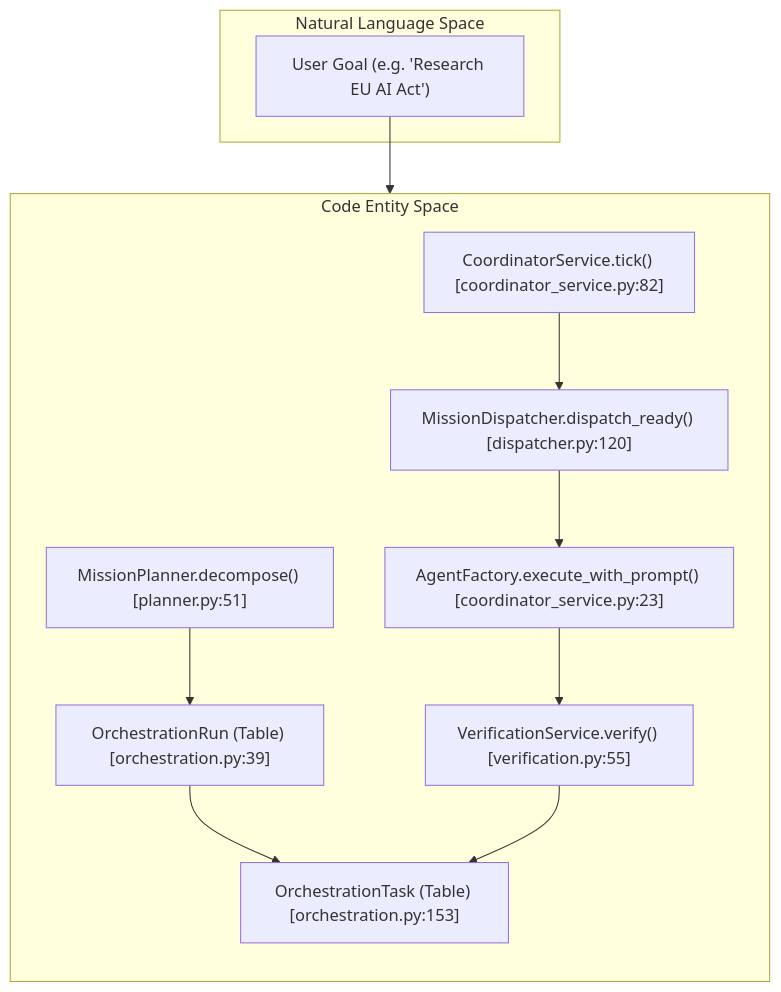
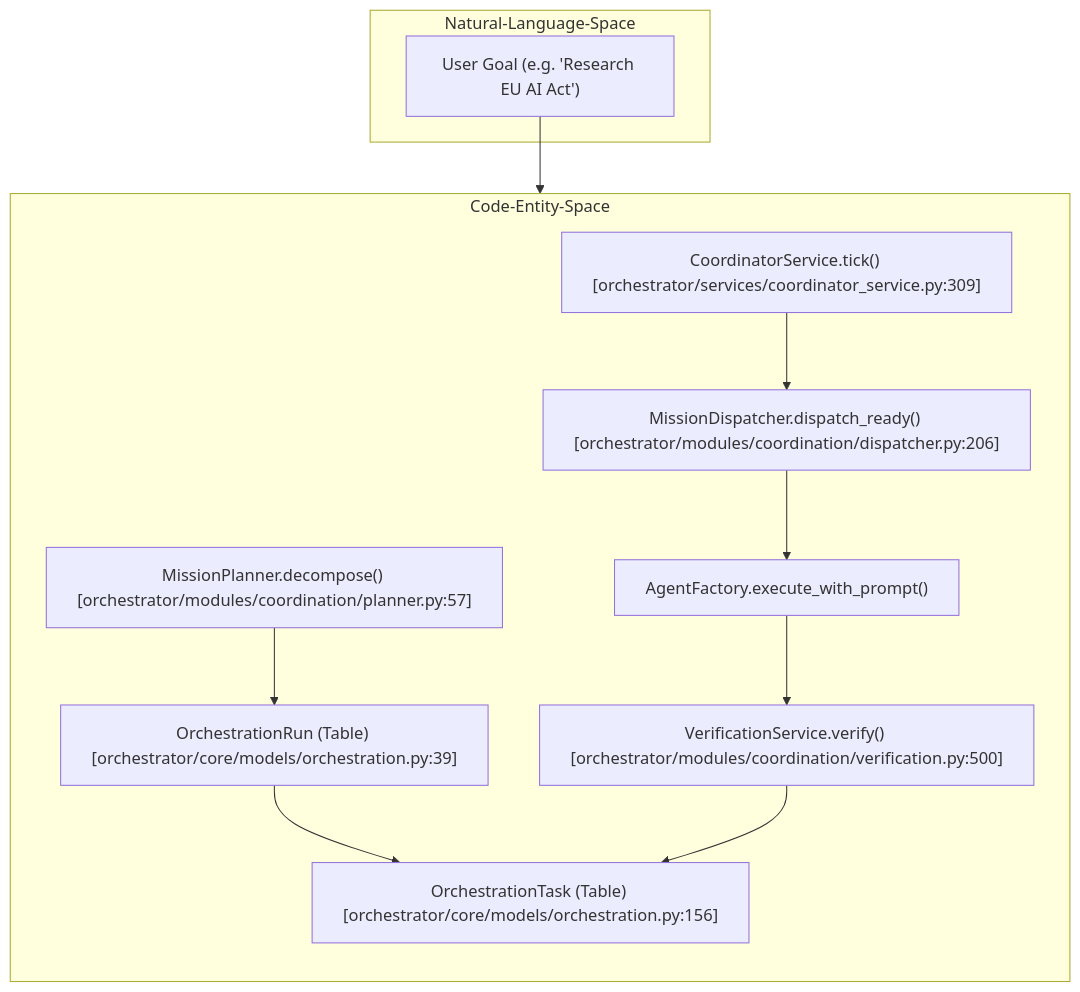
The first of 2 diagrams in docs/missions-multi-agent-coordination/_index.md (AutomatosAI/automatos-ai), drawn with Mermaid before and after one commit. The commit also changed other lines of this file and 191 other files, not shown here.

````diff
--- a/docs/missions-multi-agent-coordination/_index.md
+++ b/docs/missions-multi-agent-coordination/_index.md
@@ -41,25 +50,25 @@
 ```mermaid
 graph TD
-    subgraph "Natural Language Space"
+    subgraph "Natural-Language-Space"
         UserGoal["User Goal (e.g. 'Research EU AI Act')"]
     end
 
-    subgraph "Code Entity Space"
+    subgraph "Code-Entity-Space"
         direction TB
-        MissionPlanner["MissionPlanner.decompose() [planner.py:51]"]
-        OrchRun["OrchestrationRun (Table) [orchestration.py:39]"]
-        OrchTask["OrchestrationTask (Table) [orchestration.py:153]"]
-        CoordService["CoordinatorService.tick() [coordinator_service.py:82]"]
-        Dispatcher["MissionDispatcher.dispatch_ready() [dispatcher.py:120]"]
-        AgentExec["AgentFactory.execute_with_prompt() [coordinator_service.py:23]"]
-        Verifier["VerificationService.verify() [verification.py:55]"]
+        MissionPlanner["MissionPlanner.decompose() [orchestrator/modules/coordination/planner.py:57]"]
+        OrchRun["OrchestrationRun (Table) [orchestrator/core/models/orchestration.py:39]"]
+        OrchTask["OrchestrationTask (Table) [orchestrator/core/models/orchestration.py:156]"]
+        CoordService["CoordinatorService.tick() [orchestrator/services/coordinator_service.py:309]"]
+        Dispatcher["MissionDispatcher.dispatch_ready() [orchestrator/modules/coordination/dispatcher.py:206]"]
+        AgentExec["AgentFactory.execute_with_prompt()"]
+        Verifier["VerificationService.verify() [orchestrator/modules/coordination/verification.py:500]"]
     end
 
     UserGoal --> MissionPlanner
     MissionPlanner --> OrchRun
     OrchRun --> OrchTask
     CoordService --> Dispatcher
     Dispatcher --> AgentExec
     AgentExec --> Verifier
     Verifier --> OrchTask
 ```
````
